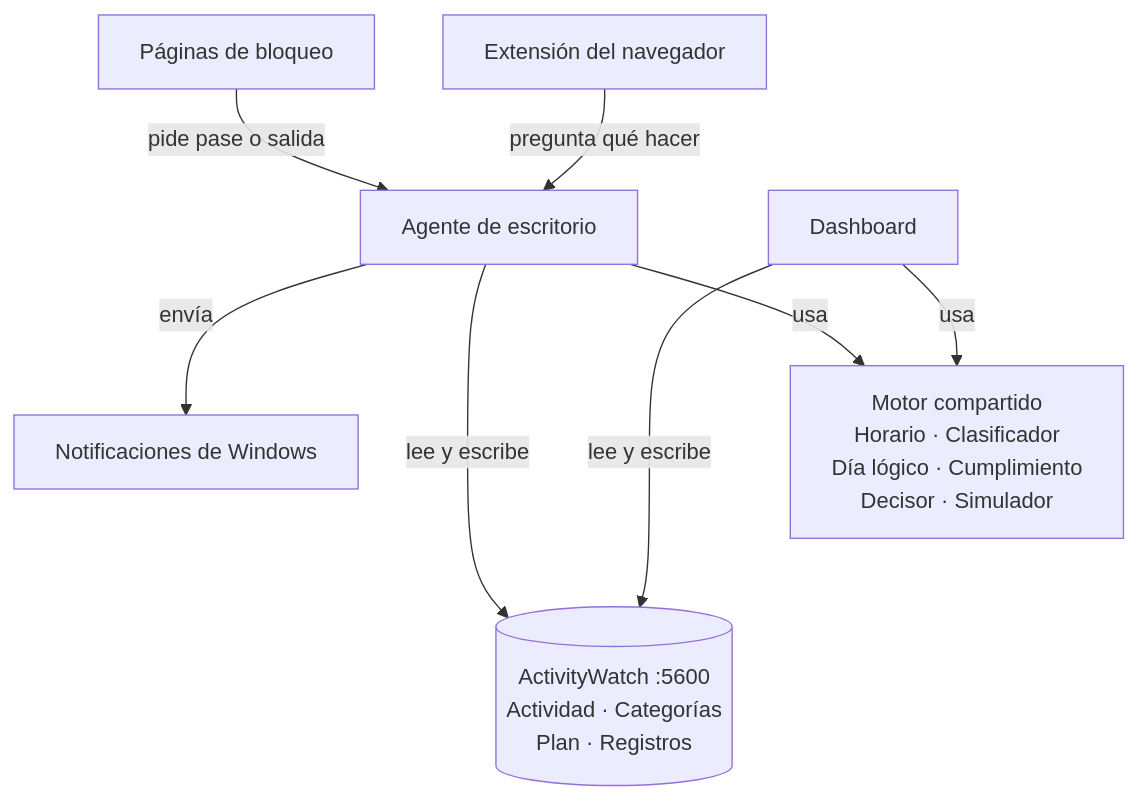
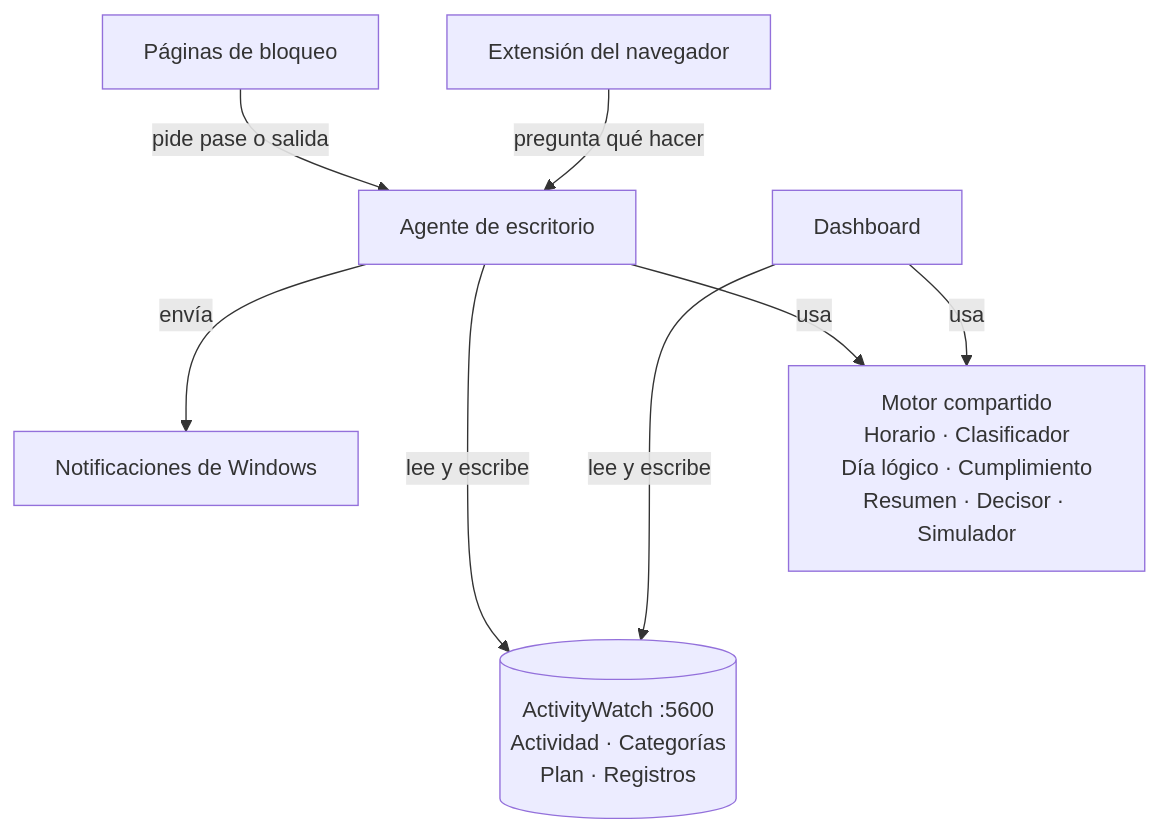
The diagram in docs/arquitectura.md (pikachu-programador/life_tracking), drawn with Mermaid before and after one commit. The commit also changed other lines of this file and 2 other files, not shown here.

````diff
--- a/docs/arquitectura.md
+++ b/docs/arquitectura.md
@@ -57,18 +58,18 @@
 ```mermaid
 flowchart TB
   D["Dashboard"]
   PB["Páginas de bloqueo"]
   EX["Extensión del navegador"]
   AG["Agente de escritorio"]
   NT["Notificaciones de Windows"]
-  MO["Motor compartido<br/>Horario · Clasificador<br/>Día lógico · Cumplimiento<br/>Decisor · Simulador"]
+  MO["Motor compartido<br/>Horario · Clasificador<br/>Día lógico · Cumplimiento<br/>Resumen · Decisor · Simulador"]
   AW[("ActivityWatch :5600<br/>Actividad · Categorías<br/>Plan · Registros")]
   PB -->|pide pase o salida| AG
   EX -->|pregunta qué hacer| AG
   AG -->|envía| NT
   AG -->|usa| MO
   D -->|usa| MO
   AG -->|lee y escribe| AW
   D -->|lee y escribe| AW
   MO ~~~ AW
 ```
````
